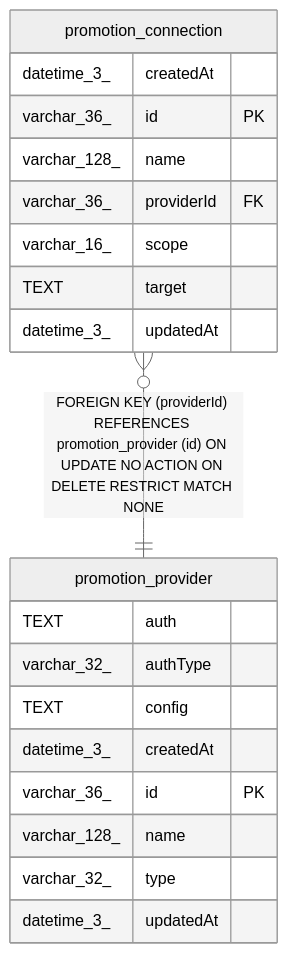
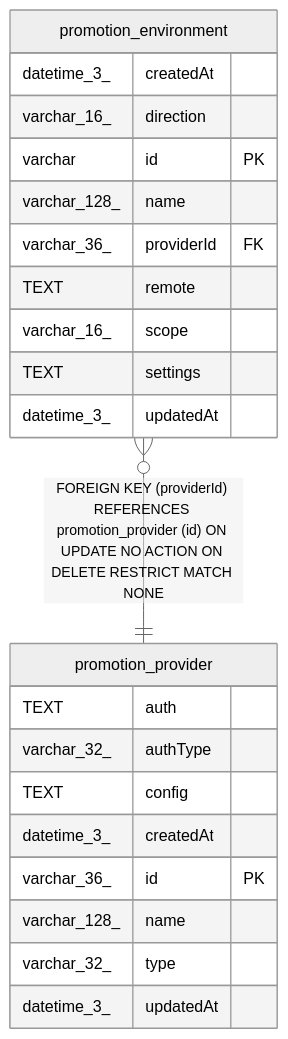
Before and after one commit to sreent/n8n: the diagram in docs/generated/sqlite-schema/promotion_provider.md, drawn with Mermaid (neutral theme). The commit also changed other lines of this file and 7993 other files, not shown here.

````diff
--- a/docs/generated/sqlite-schema/promotion_provider.md
+++ b/docs/generated/sqlite-schema/promotion_provider.md
@@ -44,25 +44,27 @@
 ```mermaid
 erDiagram
 
-"promotion_connection" }o--|| "promotion_provider" : "FOREIGN KEY (providerId) REFERENCES promotion_provider (id) ON UPDATE NO ACTION ON DELETE RESTRICT MATCH NONE"
+"promotion_environment" }o--|| "promotion_provider" : "FOREIGN KEY (providerId) REFERENCES promotion_provider (id) ON UPDATE NO ACTION ON DELETE RESTRICT MATCH NONE"
 
 "promotion_provider" {
   TEXT auth
   varchar_32_ authType
   TEXT config
   datetime_3_ createdAt
   varchar_36_ id PK
   varchar_128_ name
   varchar_32_ type
   datetime_3_ updatedAt
 }
-"promotion_connection" {
+"promotion_environment" {
   datetime_3_ createdAt
-  varchar_36_ id PK
+  varchar_16_ direction
+  varchar id PK
   varchar_128_ name
   varchar_36_ providerId FK
+  TEXT remote
   varchar_16_ scope
-  TEXT target
+  TEXT settings
   datetime_3_ updatedAt
 }
 ```
````
